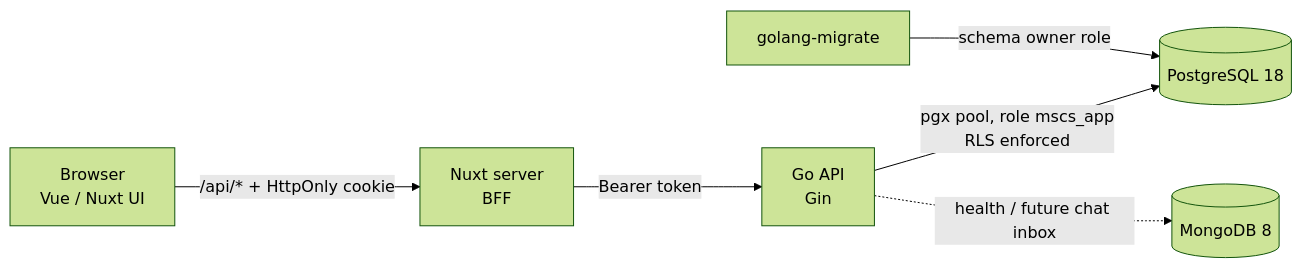
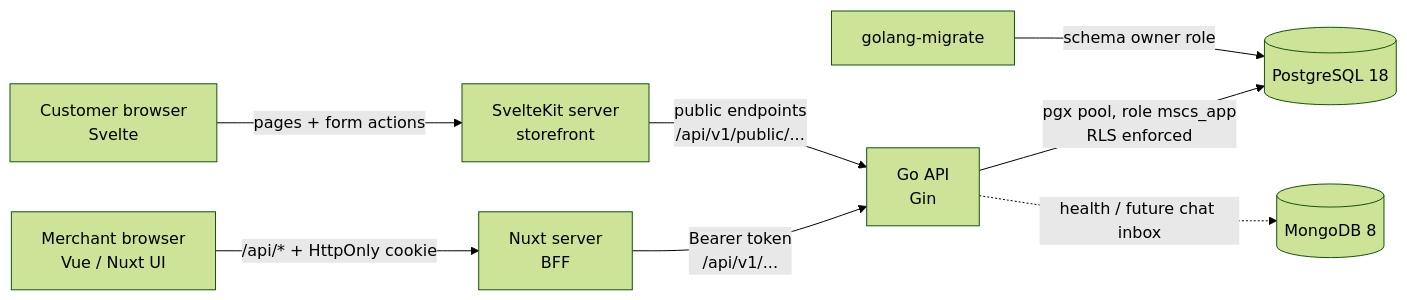
Before and after one commit to AriyaChakot/Minis-social-commerce-SaaS: the diagram in README.md, drawn with Mermaid (forest theme). The commit also changed other lines of this file and 39 other files, not shown here.

````diff
--- a/README.md
+++ b/README.md
@@ -35,8 +41,10 @@
 ```mermaid
 flowchart LR
-    B[Browser<br/>Vue / Nuxt UI] -- "/api/* + HttpOnly cookie" --> N[Nuxt server<br/>BFF]
-    N -- "Bearer token" --> G[Go API<br/>Gin]
+    B[Merchant browser<br/>Vue / Nuxt UI] -- "/api/* + HttpOnly cookie" --> N[Nuxt server<br/>BFF]
+    C[Customer browser<br/>Svelte] -- "pages + form actions" --> S[SvelteKit server<br/>storefront]
+    N -- "Bearer token<br/>/api/v1/..." --> G[Go API<br/>Gin]
+    S -- "public endpoints<br/>/api/v1/public/..." --> G
     G -- "pgx pool, role mscs_app<br/>RLS enforced" --> P[(PostgreSQL 18)]
     G -. "health / future chat inbox" .-> M[(MongoDB 8)]
     MG[golang-migrate] -- "schema owner role" --> P
 ```
````
